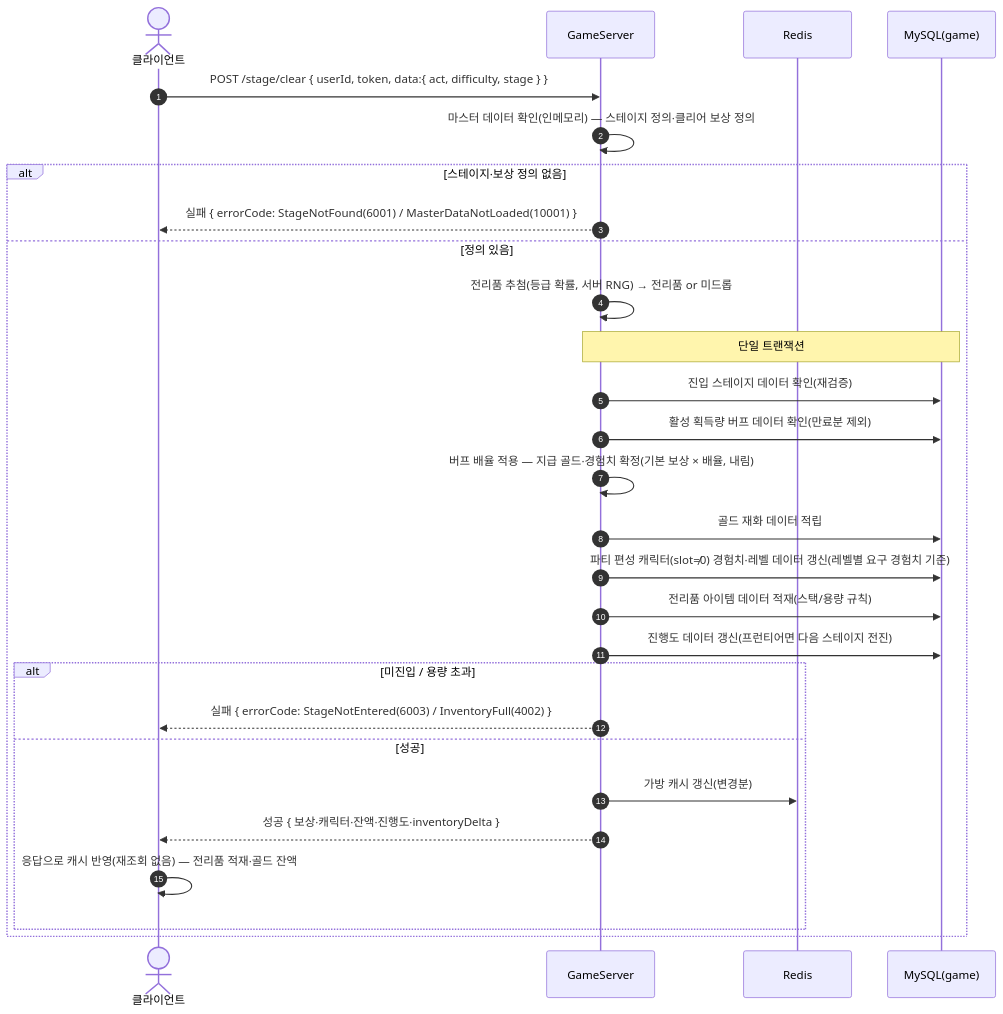
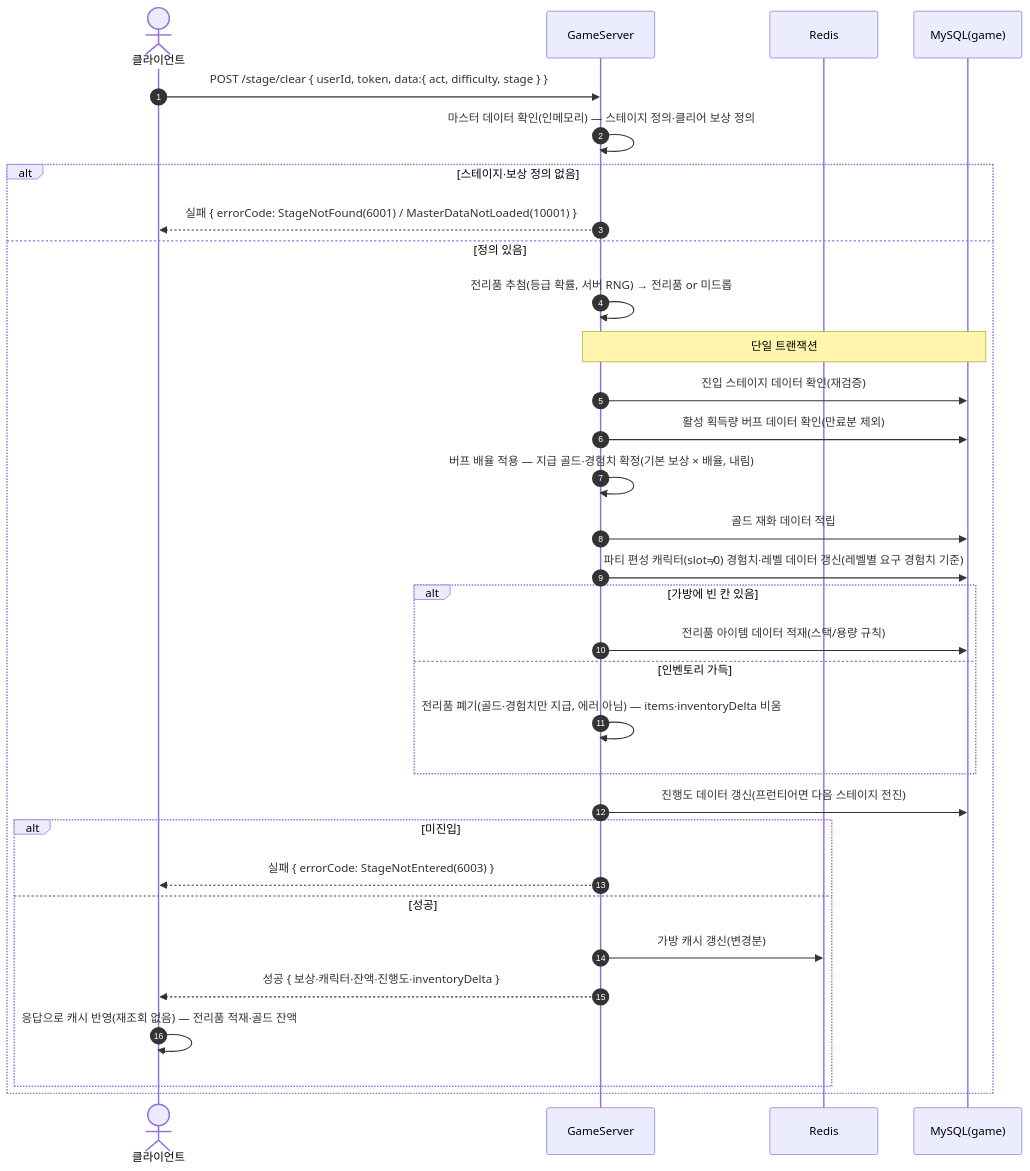
One commit to ks-wook/com2us-taskbar-hero changed the tenth of 35 diagrams in SequenceDiagram/README.md. Above: the diagram before and after it, drawn with Mermaid. The commit also changed other lines of this file and 4 other files, not shown here.

Commit message:
인벤토리 가득 차있을때 골드, 경험치만 지급하도록 수정

````diff
--- a/SequenceDiagram/README.md
+++ b/SequenceDiagram/README.md
@@ -335,31 +335,35 @@
 ```mermaid
 sequenceDiagram
     autonumber
     actor C as 클라이언트
     participant S as GameServer
     participant R as Redis
     participant DB as MySQL(game)
 
     C->>S: POST /stage/clear { userId, token, data:{ act, difficulty, stage } }
     S->>S: 마스터 데이터 확인(인메모리) — 스테이지 정의·클리어 보상 정의
     alt 스테이지·보상 정의 없음
         S-->>C: 실패 { errorCode: StageNotFound(6001) / MasterDataNotLoaded(10001) }
     else 정의 있음
         S->>S: 전리품 추첨(등급 확률, 서버 RNG) → 전리품 or 미드롭
         Note over S,DB: 단일 트랜잭션
         S->>DB: 진입 스테이지 데이터 확인(재검증)
         S->>DB: 활성 획득량 버프 데이터 확인(만료분 제외)
         S->>S: 버프 배율 적용 — 지급 골드·경험치 확정(기본 보상 × 배율, 내림)
         S->>DB: 골드 재화 데이터 적립
         S->>DB: 파티 편성 캐릭터(slot≠0) 경험치·레벨 데이터 갱신(레벨별 요구 경험치 기준)
-        S->>DB: 전리품 아이템 데이터 적재(스택/용량 규칙)
+        alt 가방에 빈 칸 있음
+            S->>DB: 전리품 아이템 데이터 적재(스택/용량 규칙)
+        else 인벤토리 가득
+            S->>S: 전리품 폐기(골드·경험치만 지급, 에러 아님) — items·inventoryDelta 비움
+        end
         S->>DB: 진행도 데이터 갱신(프런티어면 다음 스테이지 전진)
-        alt 미진입 / 용량 초과
-            S-->>C: 실패 { errorCode: StageNotEntered(6003) / InventoryFull(4002) }
+        alt 미진입
+            S-->>C: 실패 { errorCode: StageNotEntered(6003) }
         else 성공
             S->>R: 가방 캐시 갱신(변경분)
             S-->>C: 성공 { 보상·캐릭터·잔액·진행도·inventoryDelta }
             C->>C: 응답으로 캐시 반영(재조회 없음) — 전리품 적재·골드 잔액
         end
     end
 ```
````
